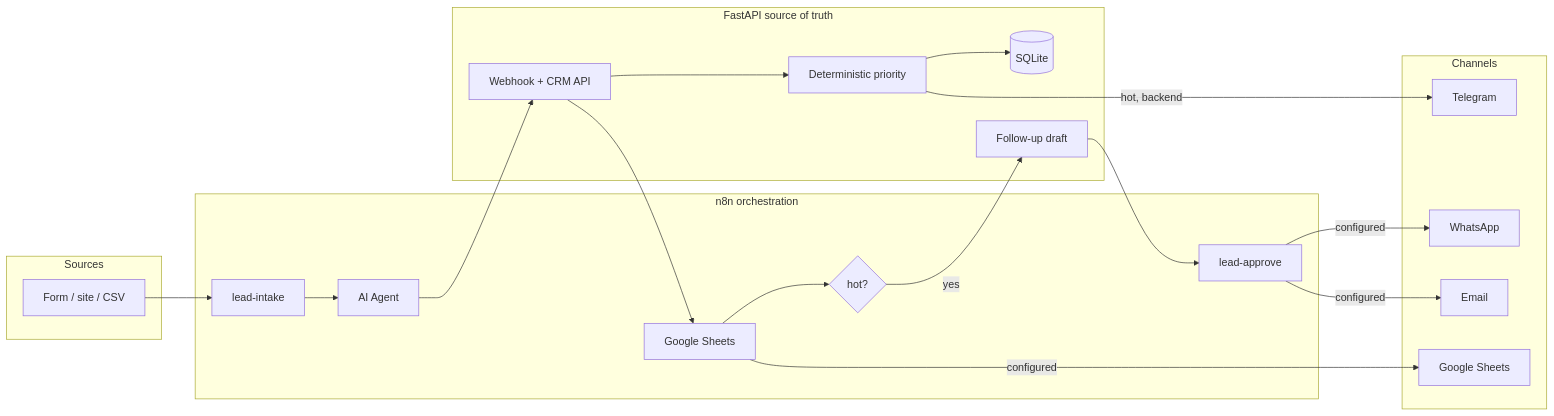
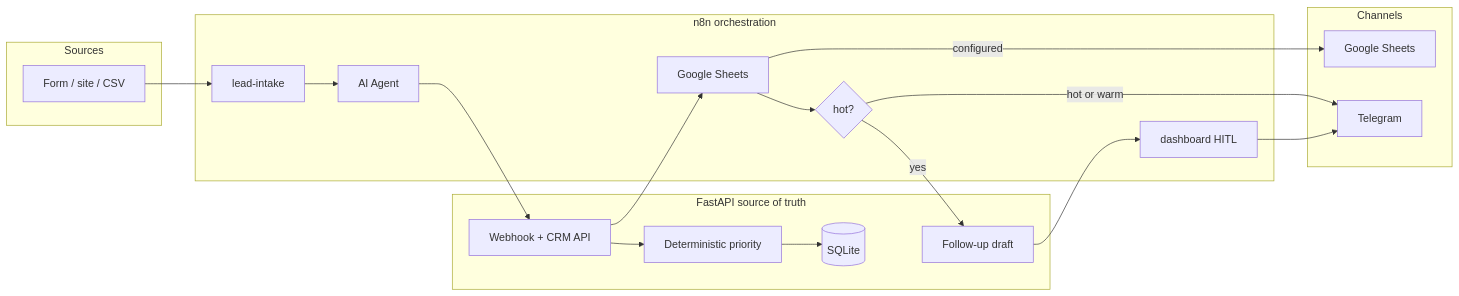
One commit to mohammadbourbour/AI-CRM changed the diagram in README.md. Above: the diagram before and after it, drawn with Mermaid. The commit also changed other lines of this file and 24 other files, not shown here.

````diff
--- a/README.md
+++ b/README.md
@@ -71,38 +69,35 @@
 ```mermaid
 flowchart LR
   subgraph Sources
     Form[Form / site / CSV]
   end
 
   subgraph n8n["n8n orchestration"]
     WH[lead-intake]
     Agent[AI Agent]
     Route{hot?}
     Sheets[Google Sheets]
-    Approve[lead-approve]
+    Approve[dashboard HITL]
   end
 
   subgraph Backend["FastAPI source of truth"]
     API[Webhook + CRM API]
     Rules[Deterministic priority]
     DB[(SQLite)]
     Draft[Follow-up draft]
   end
 
   subgraph Channels
     GS[Google Sheets]
     TG[Telegram]
-    WA[WhatsApp]
-    EM[Email]
   end
 
   Form --> WH --> Agent --> API
   API --> Rules --> DB
   API --> Sheets --> Route
   Route -->|yes| Draft
   Draft --> Approve
-  Rules -->|hot, backend| TG
+  Route -->|hot or warm| TG
   Sheets -->|configured| GS
-  Approve -->|configured| WA
-  Approve -->|configured| EM
+  Approve --> TG
 ```
````
